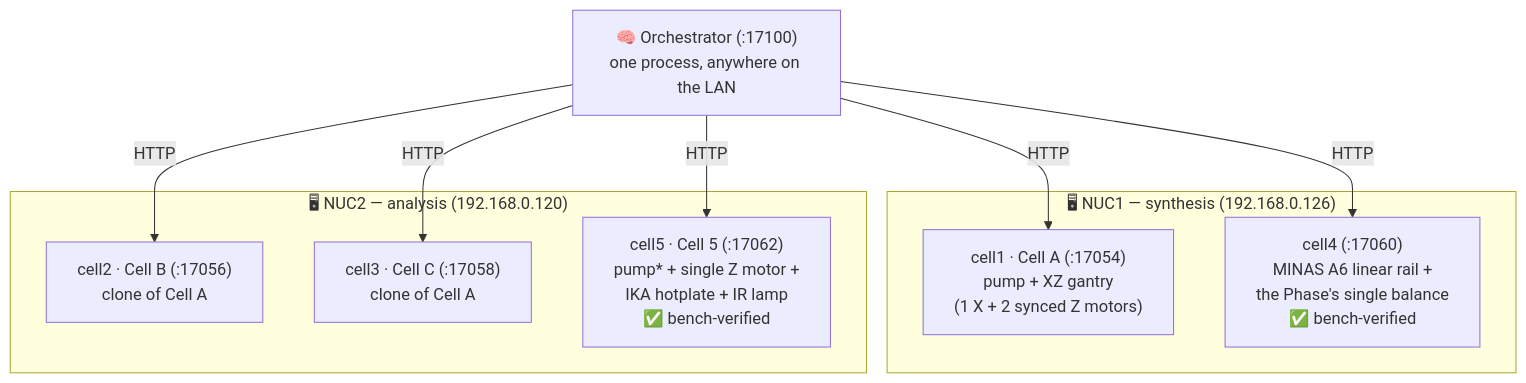
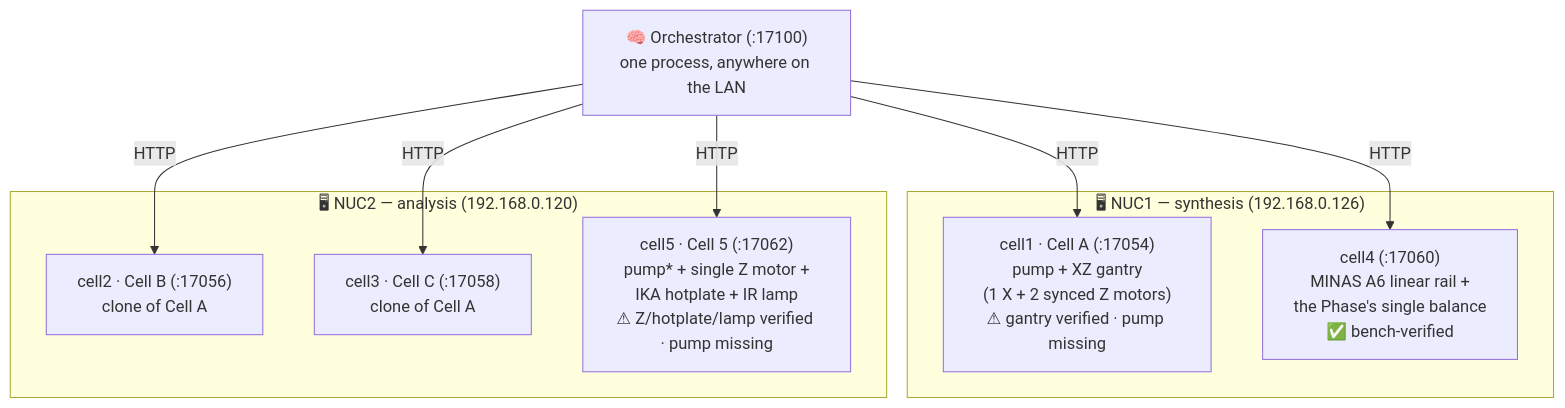
Before and after one commit to coport-uni/InnoCORESDL_Sungwoo: the second of 5 diagrams in README.md, drawn with Mermaid. The commit also changed other lines of this file and 3 other files, not shown here.

````diff
--- a/README.md
+++ b/README.md
@@ -34,20 +34,20 @@
 ```mermaid
 graph TB
     subgraph NUC1["🖥 NUC1 — synthesis (192.168.0.126)"]
-        C1["cell1 · Cell A (:17054)<br/>pump + XZ gantry<br/>(1 X + 2 synced Z motors)"]
+        C1["cell1 · Cell A (:17054)<br/>pump + XZ gantry<br/>(1 X + 2 synced Z motors)<br/>⚠ gantry verified · pump missing"]
         C4["cell4 (:17060)<br/>MINAS A6 linear rail +<br/>the Phase's single balance<br/>✅ bench-verified"]
     end
 
     subgraph NUC2["🖥 NUC2 — analysis (192.168.0.120)"]
         C2["cell2 · Cell B (:17056)<br/>clone of Cell A"]
         C3["cell3 · Cell C (:17058)<br/>clone of Cell A"]
-        C5["cell5 · Cell 5 (:17062)<br/>pump* + single Z motor +<br/>IKA hotplate + IR lamp<br/>✅ bench-verified"]
+        C5["cell5 · Cell 5 (:17062)<br/>pump* + single Z motor +<br/>IKA hotplate + IR lamp<br/>⚠ Z/hotplate/lamp verified · pump missing"]
     end
 
     ORCH["🧠 Orchestrator (:17100)<br/>one process, anywhere on the LAN"]
     ORCH -->|HTTP| C1
     ORCH -->|HTTP| C4
     ORCH -->|HTTP| C2
     ORCH -->|HTTP| C3
     ORCH -->|HTTP| C5
 ```
````
